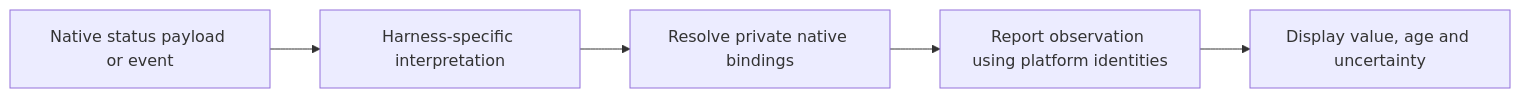
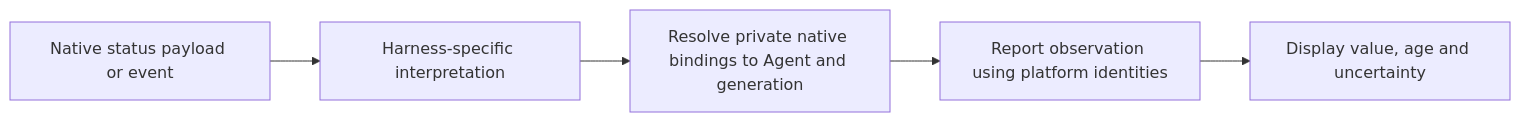
The diagram in docs/v2-plan-and-ideas/services.md (tofutools/tclaude), drawn with Mermaid before and after one commit. The commit also changed other lines of this file and 5 other files, not shown here.

````diff
--- a/docs/v2-plan-and-ideas/services.md
+++ b/docs/v2-plan-and-ideas/services.md
@@ -51,7 +51,7 @@
 ```mermaid
 flowchart LR
     Native[Native status payload or event] --> Interpret[Harness-specific interpretation]
-    Interpret --> Correlate[Resolve private native bindings]
+    Interpret --> Correlate[Resolve private native bindings to Agent and generation]
     Correlate --> Reading[Report observation using platform identities]
     Reading --> UI[Display value, age and uncertainty]
 ```
````
